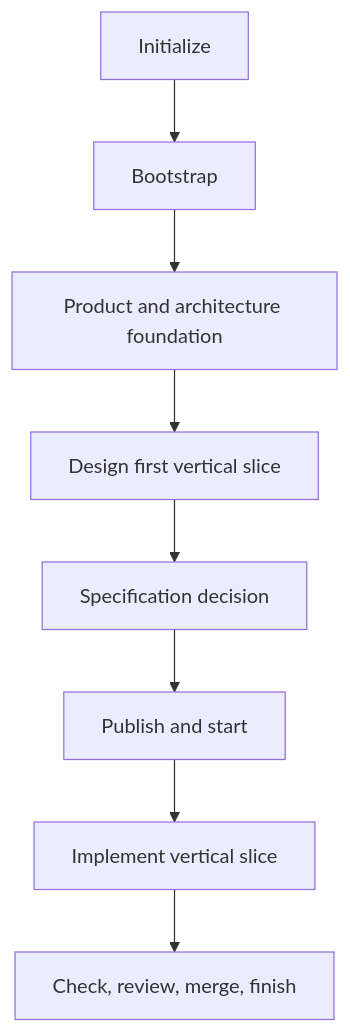
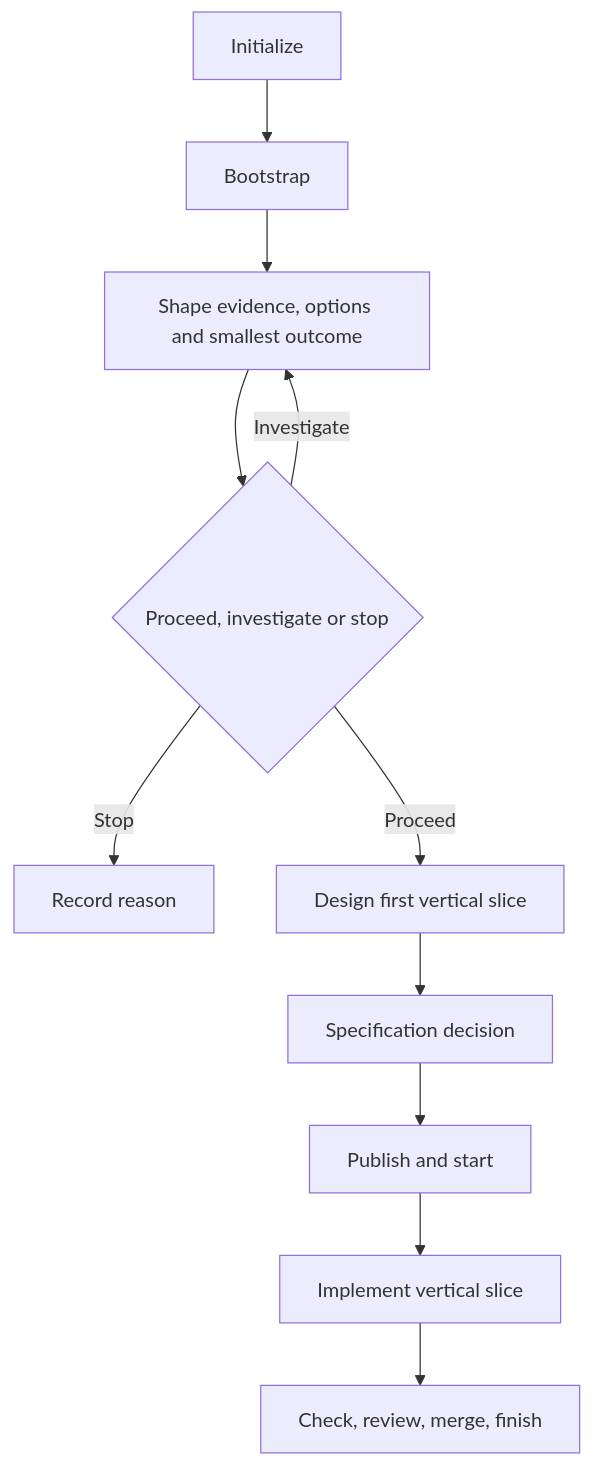
The diagram in project-templates/project/docs/workflows/greenfield.md (Sean-Koval/ai-dlc), drawn with Mermaid before and after one commit. The commit also changed other lines of this file and 39 other files, not shown here.

Commit message:
feat: guide evidence-based product shaping and handoffs

````diff
--- a/project-templates/project/docs/workflows/greenfield.md
+++ b/project-templates/project/docs/workflows/greenfield.md
@@ -9,10 +9,13 @@
 ```mermaid
 flowchart TD
     I[Initialize] --> B[Bootstrap]
-    B --> F[Product and architecture foundation]
-    F --> D[Design first vertical slice]
+    B --> F[Shape evidence, options and smallest outcome]
+    F --> J{Proceed, investigate or stop}
+    J -->|Investigate| F
+    J -->|Stop| X[Record reason]
+    J -->|Proceed| D[Design first vertical slice]
     D --> S[Specification decision]
     S --> W[Publish and start]
     W --> V[Implement vertical slice]
     V --> C[Check, review, merge, finish]
 ```
````
